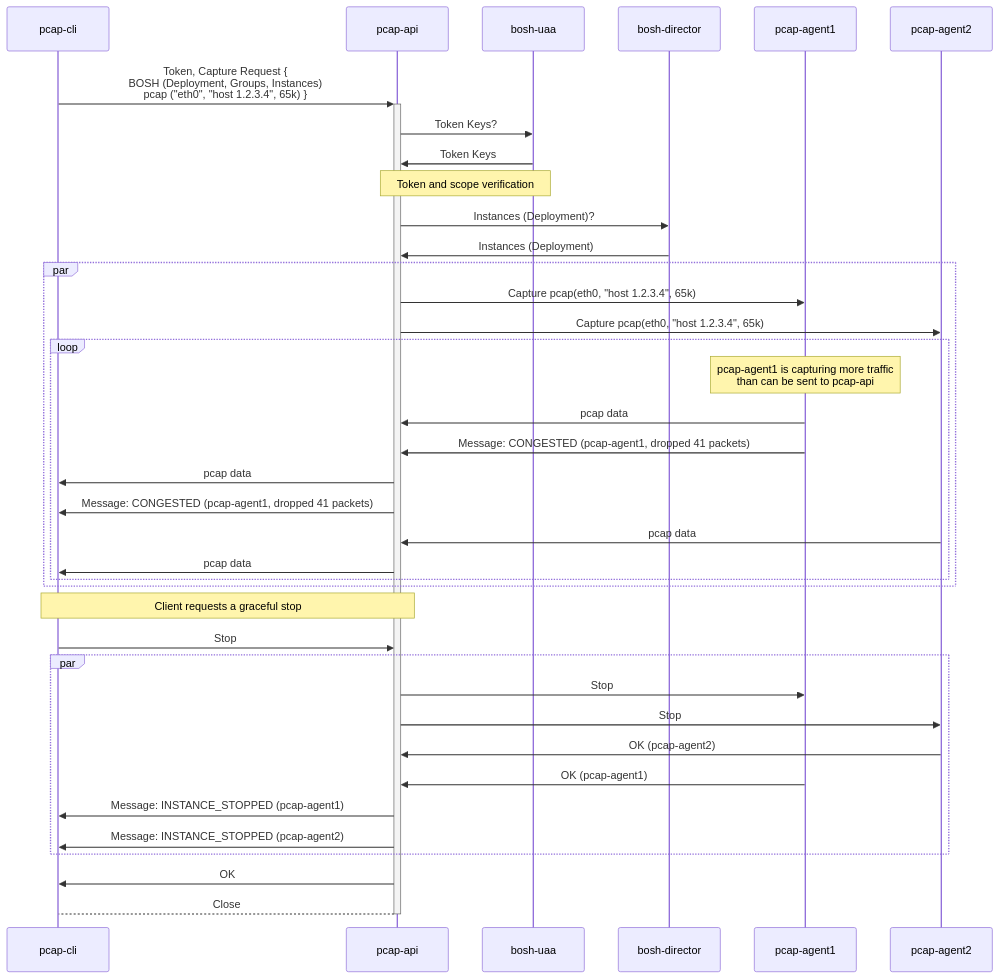
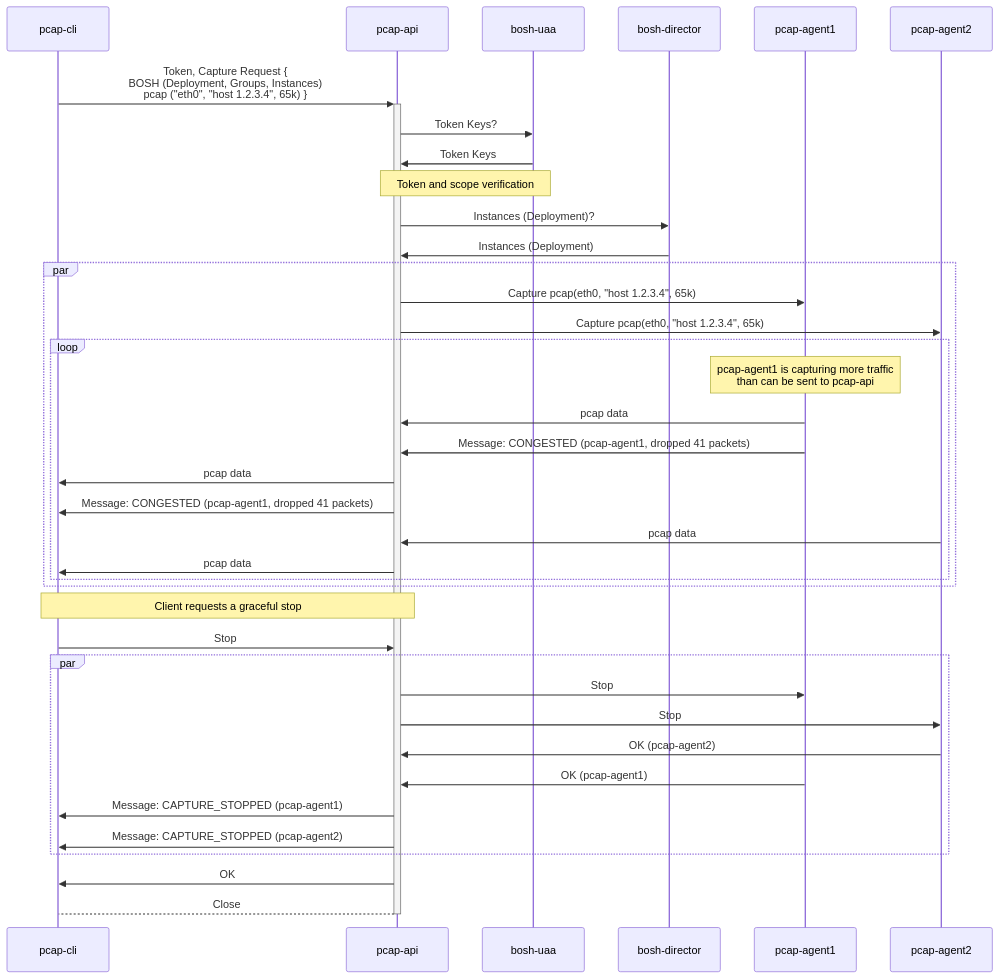
One commit to cloudfoundry/pcap-release changed diagram 20 of 21 in docs/api-communication-spec.md. Above: the diagram before and after it, drawn with Mermaid. The commit also changed other lines of this file, not shown here.

Commit message:
docs(api): Rename `INSTANCE_STOPPED` to `CAPTURE_STOPPED`

````diff
--- a/docs/api-communication-spec.md
+++ b/docs/api-communication-spec.md
@@ -817,35 +815,35 @@
 ```mermaid
 sequenceDiagram
     pcap-cli ->>+ pcap-api: Token, Capture Request {<br/>BOSH (Deployment, Groups, Instances)<br/>pcap ("eth0", "host 1.2.3.4", 65k) }
     pcap-api ->> bosh-uaa: Token Keys?
     bosh-uaa ->> pcap-api: Token Keys
     note over pcap-api, bosh-uaa: Token and scope verification    
     pcap-api ->> bosh-director: Instances (Deployment)?
     bosh-director ->> pcap-api: Instances (Deployment)
     par
         pcap-api ->> pcap-agent1: Capture pcap(eth0, "host 1.2.3.4", 65k)
         pcap-api ->> pcap-agent2: Capture pcap(eth0, "host 1.2.3.4", 65k)
         loop
             note over pcap-agent1: pcap-agent1 is capturing more traffic<br/>than can be sent to pcap-api
             pcap-agent1 ->> pcap-api: pcap data
             pcap-agent1 ->> pcap-api: Message: CONGESTED (pcap-agent1, dropped 41 packets)
             pcap-api ->> pcap-cli: pcap data
             pcap-api ->> pcap-cli: Message: CONGESTED (pcap-agent1, dropped 41 packets)
             pcap-agent2 ->> pcap-api: pcap data
             pcap-api ->> pcap-cli: pcap data
         end
     end
     note over pcap-cli, pcap-api: Client requests a graceful stop
     pcap-cli ->> pcap-api: Stop
     par
         pcap-api ->> pcap-agent1: Stop
         pcap-api ->> pcap-agent2: Stop
         pcap-agent2 ->> pcap-api: OK (pcap-agent2)
         pcap-agent1 ->> pcap-api: OK (pcap-agent1)
-        pcap-api ->> pcap-cli: Message: INSTANCE_STOPPED (pcap-agent1)
-        pcap-api ->> pcap-cli: Message: INSTANCE_STOPPED (pcap-agent2)
+        pcap-api ->> pcap-cli: Message: CAPTURE_STOPPED (pcap-agent1)
+        pcap-api ->> pcap-cli: Message: CAPTURE_STOPPED (pcap-agent2)
     end
 
     pcap-api ->> pcap-cli: OK
     pcap-api -->- pcap-cli: Close
 ```
````
